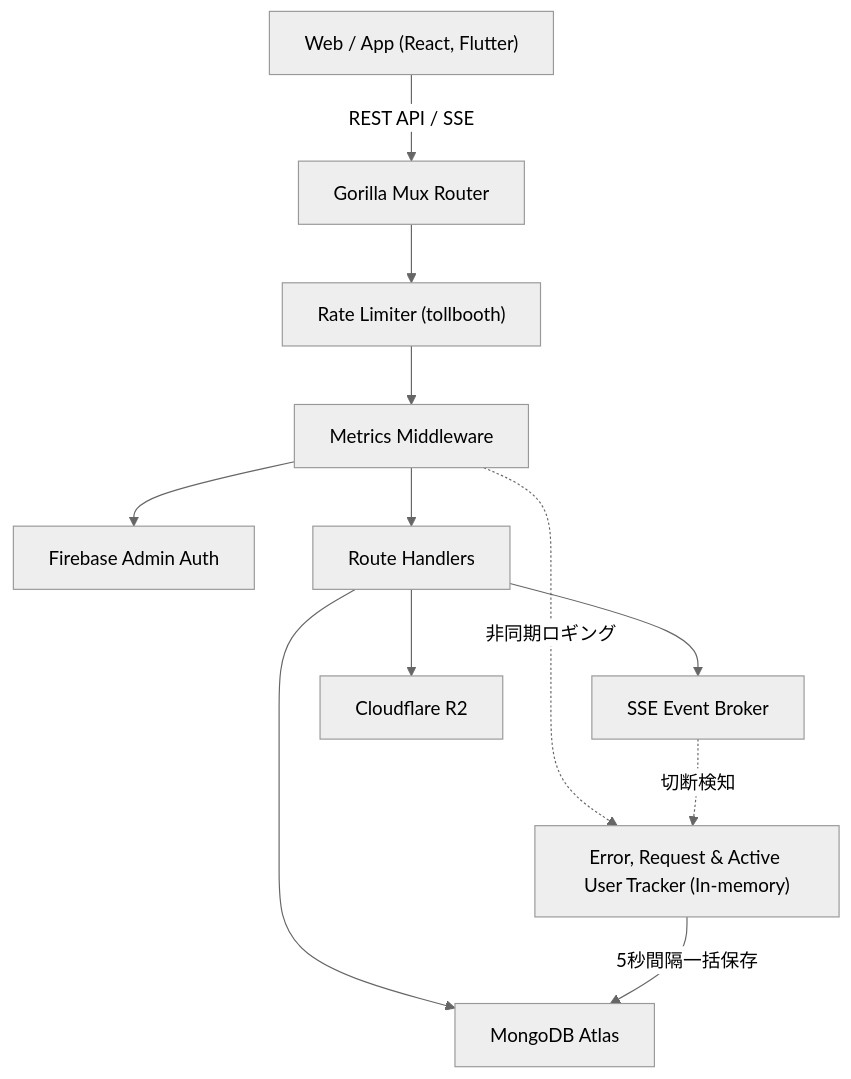
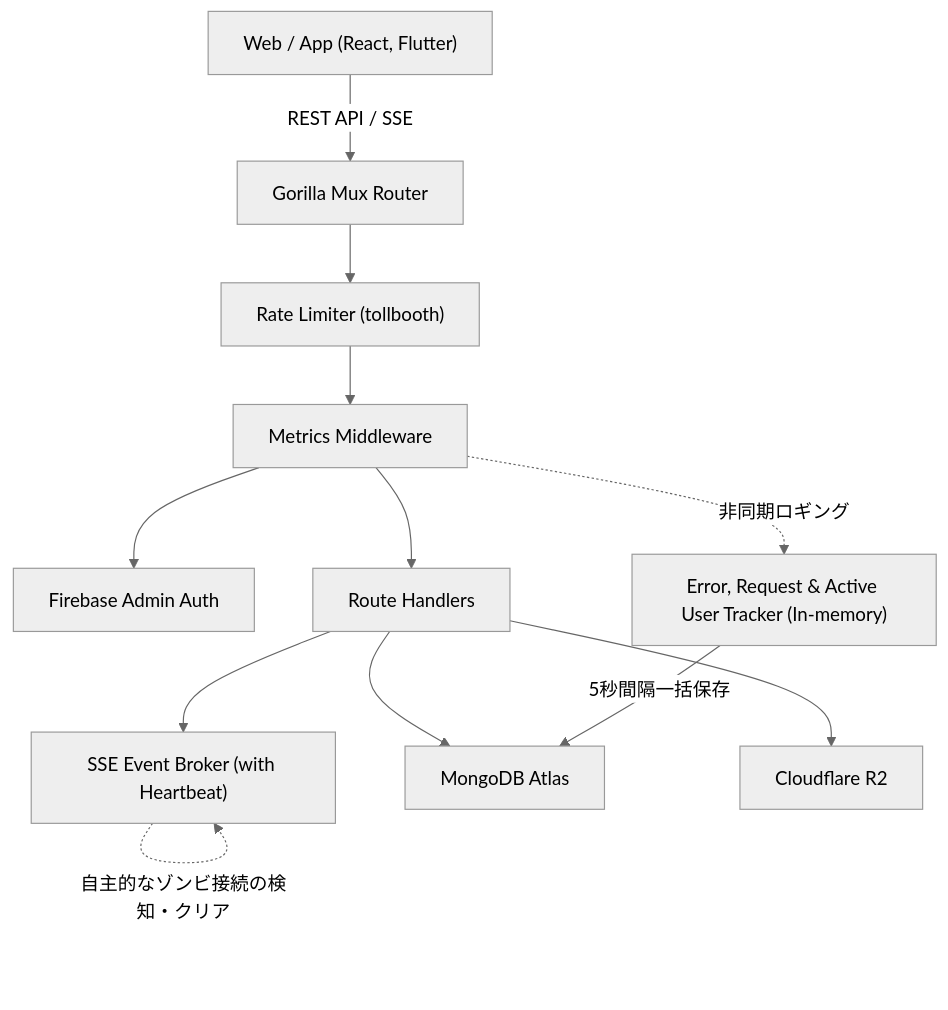
The diagram in README.md (Espi8624/yoyaku_mate_server), drawn with Mermaid (neutral theme) before and after one commit. The commit also changed other lines of this file and 20 other files, not shown here.

````diff
--- a/README.md
+++ b/README.md
@@ -65,15 +65,15 @@
 ```mermaid
 graph TD
     Client["Web / App (React, Flutter)"] -->|"REST API / SSE"| Router["Gorilla Mux Router"]
     Router --> Middleware["Rate Limiter (tollbooth)"]
     Middleware --> Metrics["Metrics Middleware"]
     Metrics --> Auth["Firebase Admin Auth"]
     Metrics --> Handlers["Route Handlers"]
-    Handlers --> Broker["SSE Event Broker"]
+    Handlers --> Broker["SSE Event Broker (with Heartbeat)"]
     Handlers --> DB["MongoDB Atlas"]
     Handlers --> Storage["Cloudflare R2"]
     
     Metrics -.->|非同期ロギング| Tracker["Error, Request & Active User Tracker (In-memory)"]
-    Broker -.->|切断検知| Tracker
     Tracker -->|5秒間隔一括保存| DB
+    Broker -.->|自主的なゾンビ接続の検知・クリア| Broker
 ```
````
